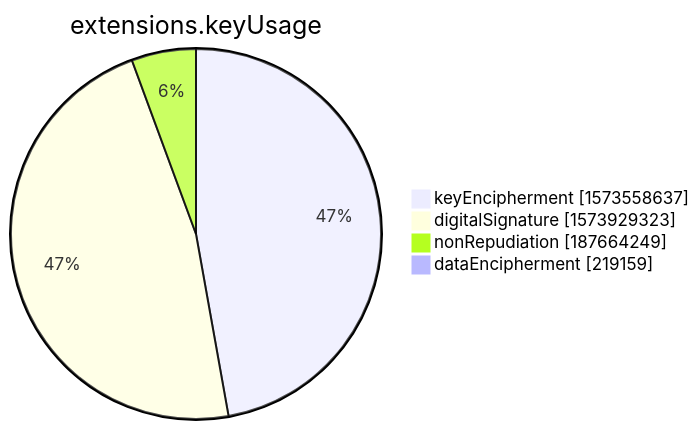
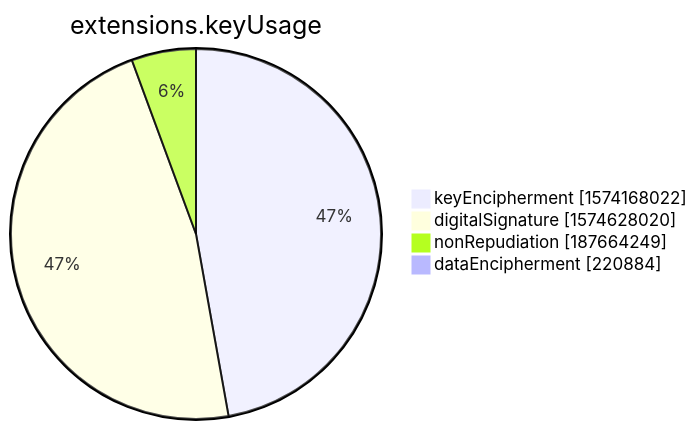
The seventh of 15 diagrams in xenon2022/README.md (christiankrug/ctmonitor_visualization), drawn with Mermaid before and after one commit. The commit also changed other lines of this file, not shown here.

````diff
--- a/xenon2022/README.md
+++ b/xenon2022/README.md
@@ -2853,8 +2853,8 @@
 ```mermaid
 pie showData
 title extensions.keyUsage
-"keyEncipherment" :1573558637
-"digitalSignature" :1573929323
+"keyEncipherment" :1574168022
+"digitalSignature" :1574628020
 "nonRepudiation" :187664249
-"dataEncipherment" :219159
+"dataEncipherment" :220884
 ```
````
